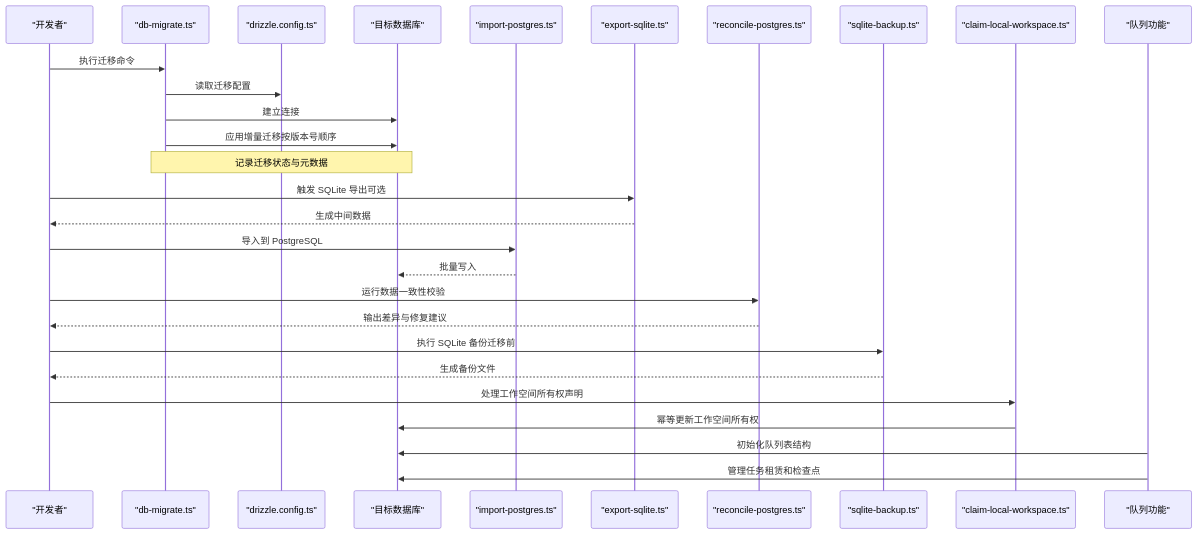
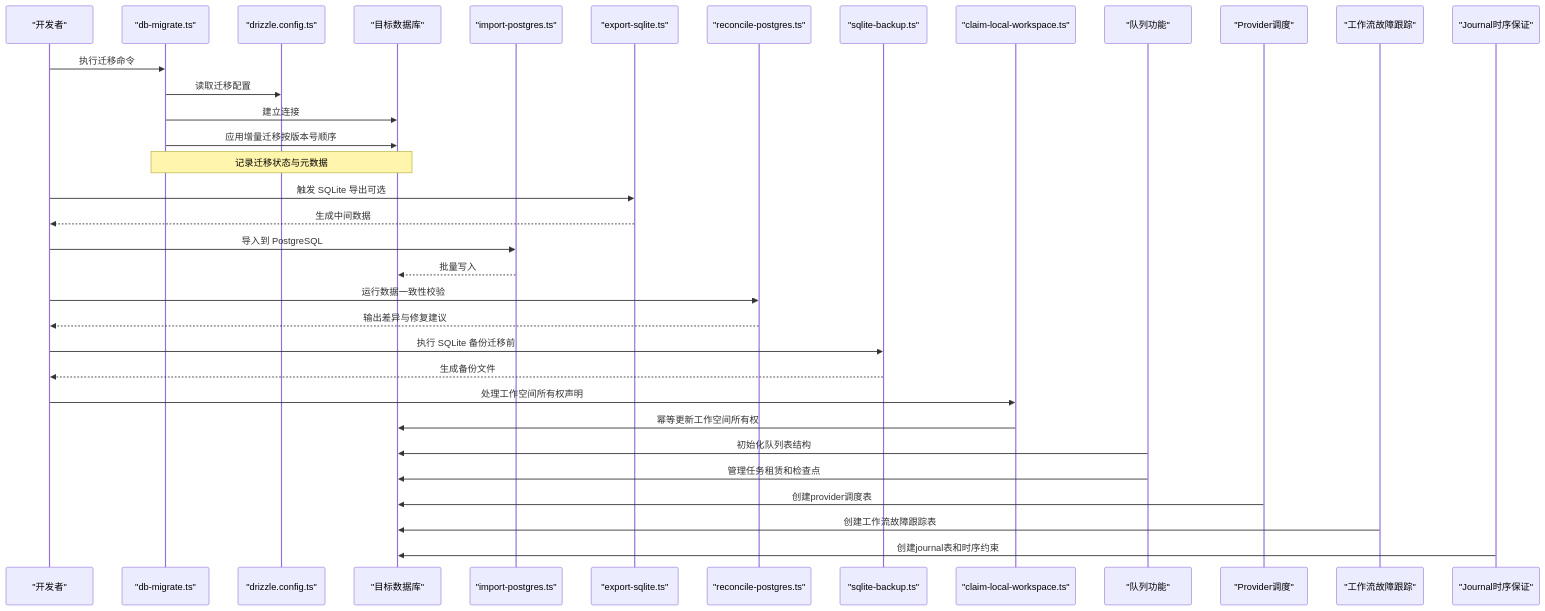
Before and after one commit to scottcwy/PurpleInk: the second of 8 diagrams in .qoder/repowiki/zh/content/后端架构/数据访问层/数据迁移策略.md, drawn with Mermaid. The commit also changed other lines of this file and 23 other files, not shown here.

````diff
--- a/.qoder/repowiki/zh/content/后端架构/数据访问层/数据迁移策略.md
+++ b/.qoder/repowiki/zh/content/后端架构/数据访问层/数据迁移策略.md
@@ -101,30 +119,36 @@
 ```mermaid
 sequenceDiagram
 participant Dev as "开发者"
 participant CLI as "db-migrate.ts"
 participant Conf as "drizzle.config.ts"
 participant DB as "目标数据库"
 participant Import as "import-postgres.ts"
 participant Export as "export-sqlite.ts"
 participant Reconcile as "reconcile-postgres.ts"
 participant Backup as "sqlite-backup.ts"
 participant Claim as "claim-local-workspace.ts"
 participant Queue as "队列功能"
+participant Provider as "Provider调度"
+participant Fault as "工作流故障跟踪"
+participant Journal as "Journal时序保证"
 Dev->>CLI : 执行迁移命令
 CLI->>Conf : 读取迁移配置
 CLI->>DB : 建立连接
 CLI->>DB : 应用增量迁移按版本号顺序
 Note over CLI,DB : 记录迁移状态与元数据
 Dev->>Export : 触发 SQLite 导出可选
 Export-->>Dev : 生成中间数据
 Dev->>Import : 导入到 PostgreSQL
 Import-->>DB : 批量写入
 Dev->>Reconcile : 运行数据一致性校验
 Reconcile-->>Dev : 输出差异与修复建议
 Dev->>Backup : 执行 SQLite 备份迁移前
 Backup-->>Dev : 生成备份文件
 Dev->>Claim : 处理工作空间所有权声明
 Claim->>DB : 幂等更新工作空间所有权
 Queue->>DB : 初始化队列表结构
 Queue->>DB : 管理任务租赁和检查点
+Provider->>DB : 创建provider调度表
+Fault->>DB : 创建工作流故障跟踪表
+Journal->>DB : 创建journal表和时序约束
 ```
````
